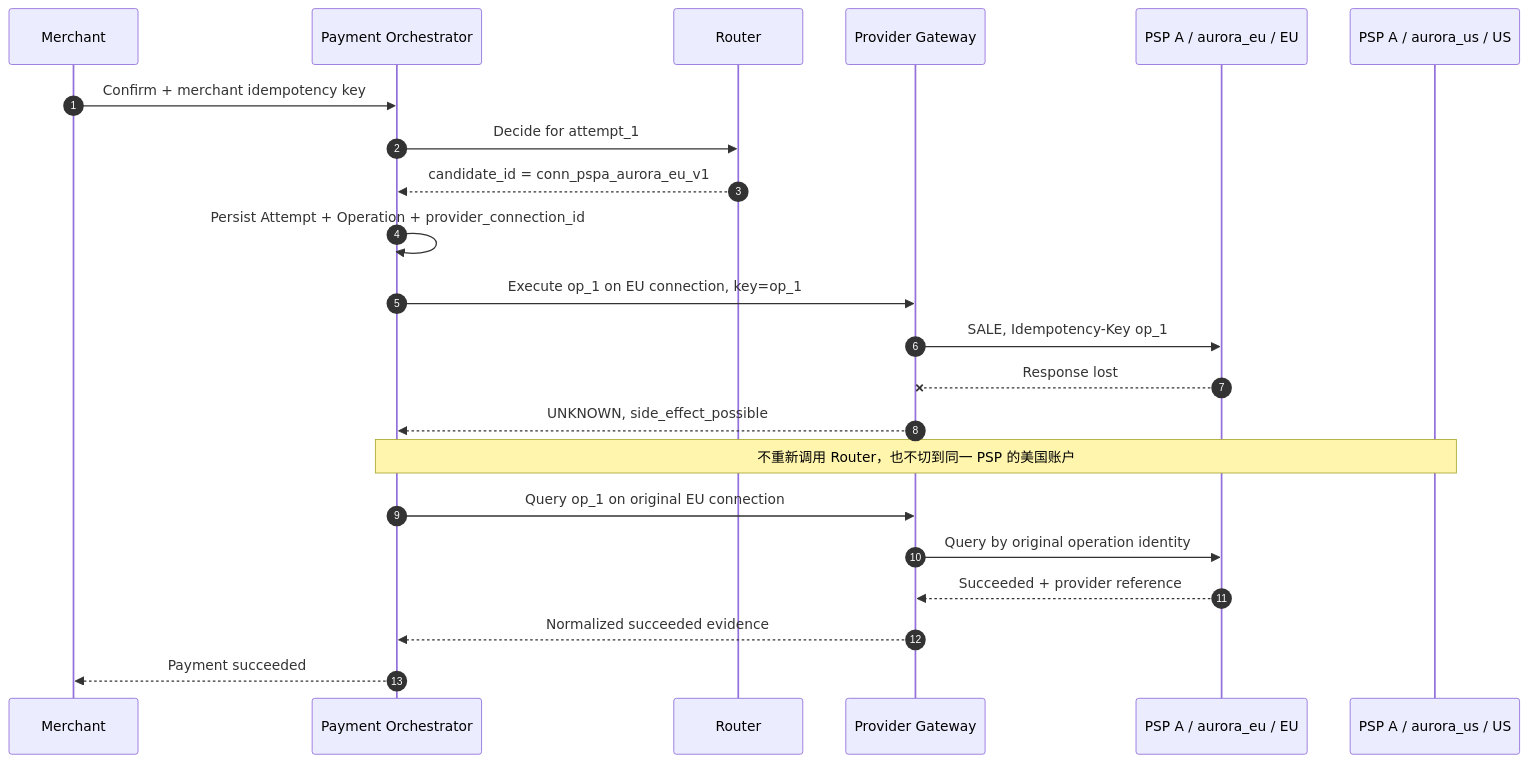
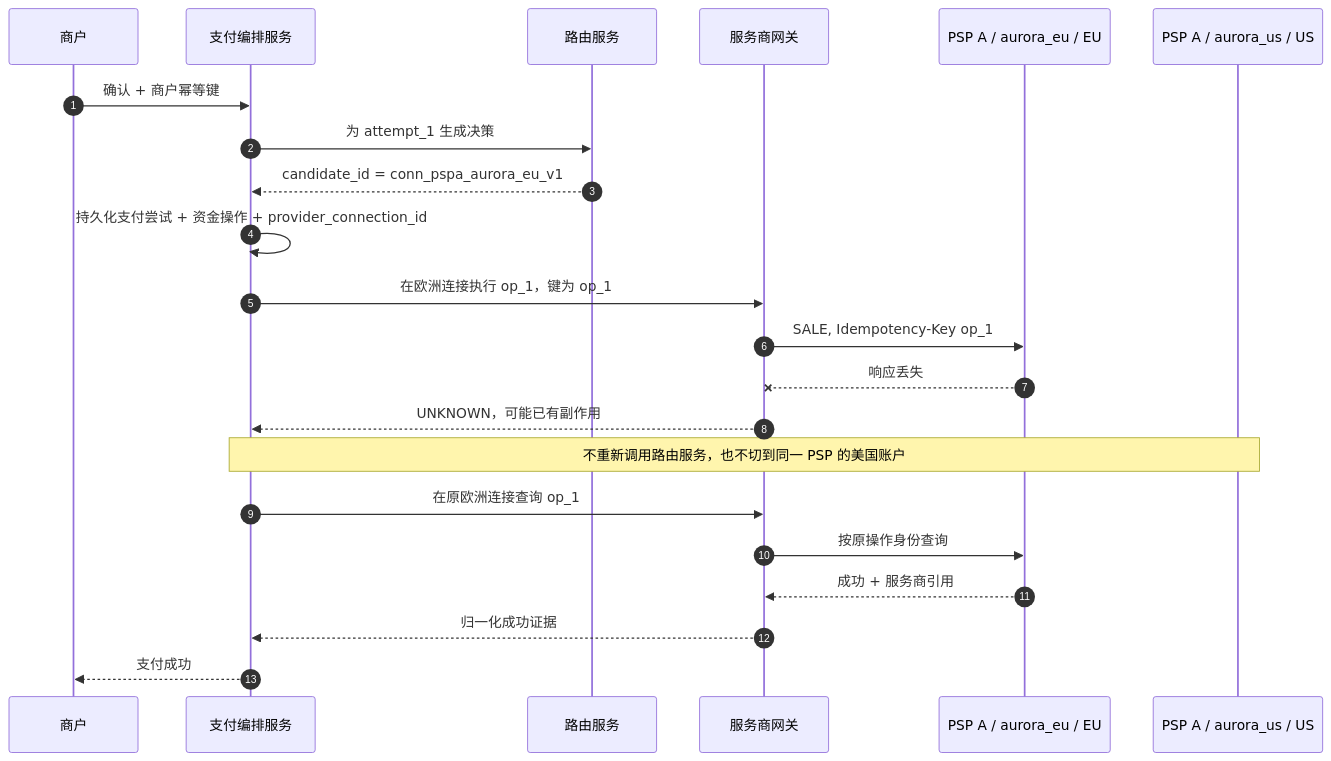
One commit to YouEclipse/Designing-Modern-Payment-Systems changed the fourth of 5 diagrams in part-1-foundations/routing-system-boundaries.md. Above: the diagram before and after it, drawn with Mermaid. The commit also changed other lines of this file and 59 other files, not shown here.

````diff
--- a/part-1-foundations/routing-system-boundaries.md
+++ b/part-1-foundations/routing-system-boundaries.md
@@ -329,25 +329,25 @@
 ```mermaid
 sequenceDiagram
     autonumber
-    participant M as Merchant
-    participant O as Payment Orchestrator
-    participant R as Router
-    participant G as Provider Gateway
+    participant M as 商户
+    participant O as 支付编排服务
+    participant R as 路由服务
+    participant G as 服务商网关
     participant EU as PSP A / aurora_eu / EU
     participant US as PSP A / aurora_us / US
 
-    M->>O: Confirm + merchant idempotency key
-    O->>R: Decide for attempt_1
+    M->>O: 确认 + 商户幂等键
+    O->>R: 为 attempt_1 生成决策
     R-->>O: candidate_id = conn_pspa_aurora_eu_v1
-    O->>O: Persist Attempt + Operation + provider_connection_id
-    O->>G: Execute op_1 on EU connection, key=op_1
+    O->>O: 持久化支付尝试 + 资金操作 + provider_connection_id
+    O->>G: 在欧洲连接执行 op_1，键为 op_1
     G->>EU: SALE, Idempotency-Key op_1
-    EU--xG: Response lost
-    G-->>O: UNKNOWN, side_effect_possible
-    Note over O,US: 不重新调用 Router，也不切到同一 PSP 的美国账户
-    O->>G: Query op_1 on original EU connection
-    G->>EU: Query by original operation identity
-    EU-->>G: Succeeded + provider reference
-    G-->>O: Normalized succeeded evidence
-    O-->>M: Payment succeeded
+    EU--xG: 响应丢失
+    G-->>O: UNKNOWN，可能已有副作用
+    Note over O,US: 不重新调用路由服务，也不切到同一 PSP 的美国账户
+    O->>G: 在原欧洲连接查询 op_1
+    G->>EU: 按原操作身份查询
+    EU-->>G: 成功 + 服务商引用
+    G-->>O: 归一化成功证据
+    O-->>M: 支付成功
 ```
````
